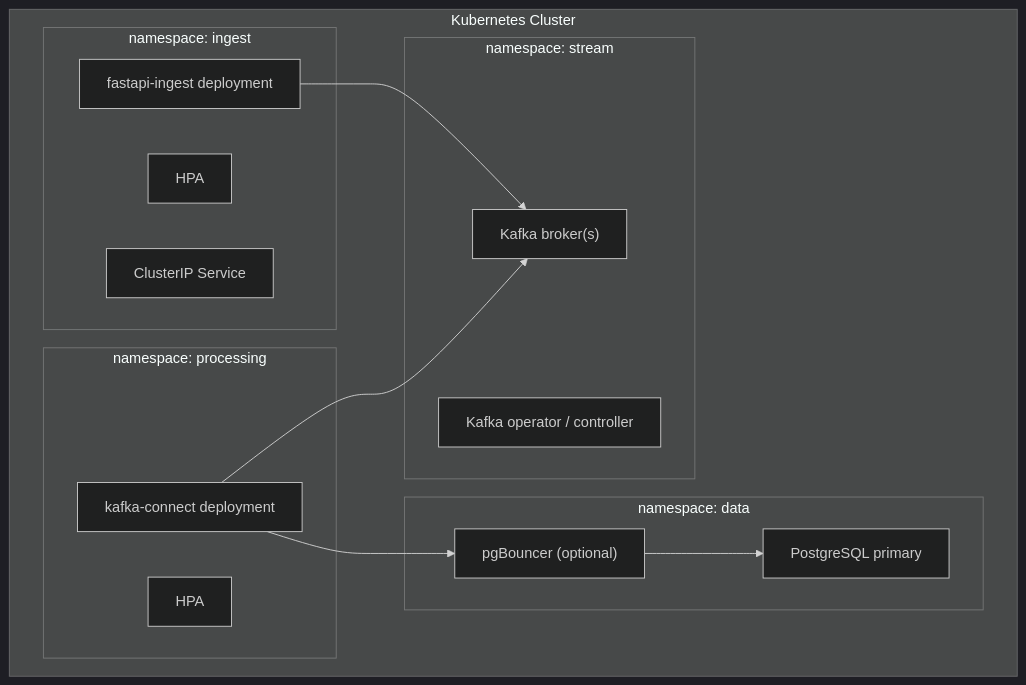
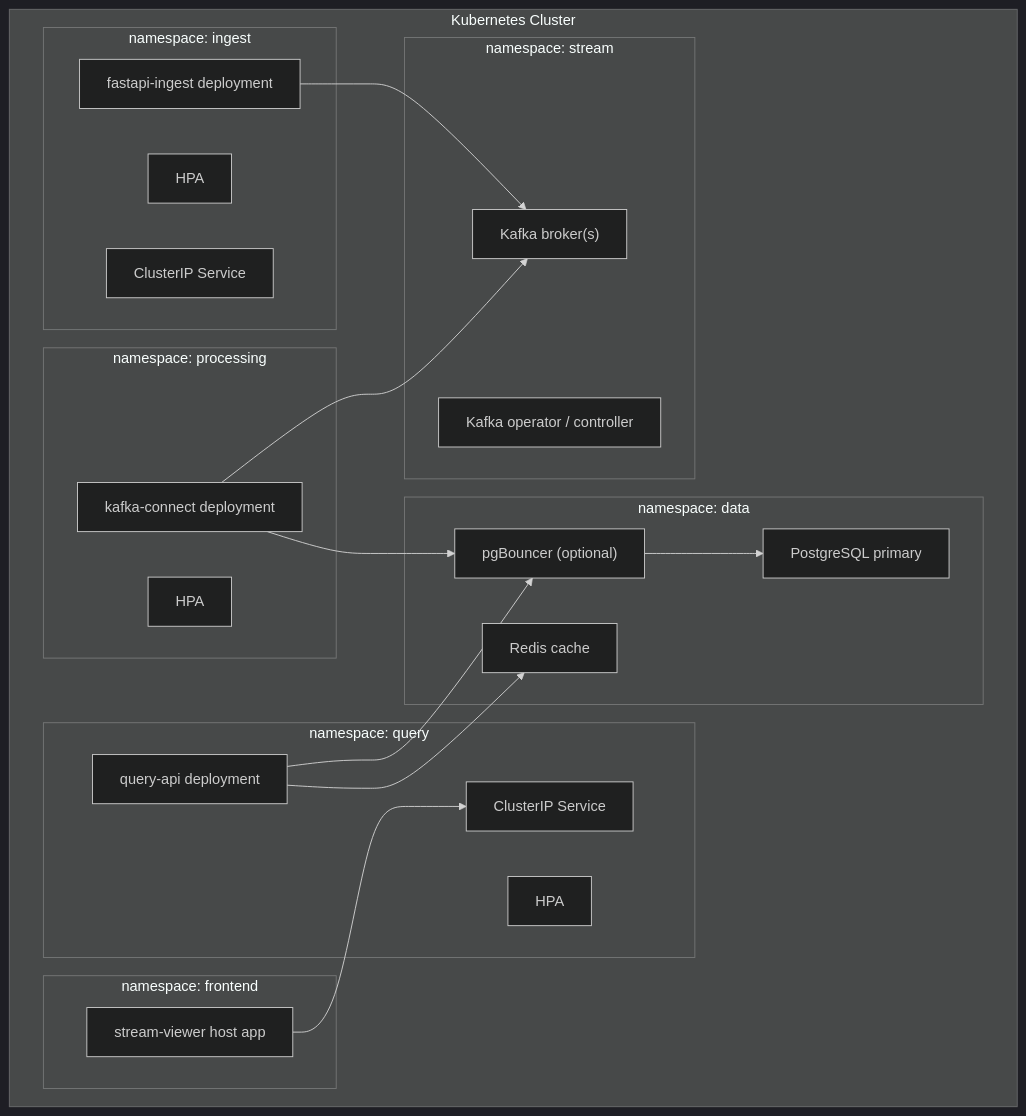
The fifth of 5 diagrams in docs/01-overview.md (donghoonpark/aetus), drawn with Mermaid (dark theme) before and after one commit. The commit also changed other lines of this file, not shown here.

Commit message:
Update overview with query data stream

````diff
--- a/docs/01-overview.md
+++ b/docs/01-overview.md
@@ -176,30 +286,44 @@
 ```mermaid
 flowchart TB
     subgraph K8S["Kubernetes Cluster"]
         subgraph NS1["namespace: ingest"]
             ING["fastapi-ingest deployment"]
             HPA1["HPA"]
             SVC1["ClusterIP Service"]
         end
 
         subgraph NS2["namespace: stream"]
             K1["Kafka broker(s)"]
             K2["Kafka operator / controller"]
         end
 
         subgraph NS3["namespace: processing"]
             KC["kafka-connect deployment"]
             HPA2["HPA"]
         end
 
         subgraph NS4["namespace: data"]
             PG1["PostgreSQL primary"]
             PGB["pgBouncer (optional)"]
+            RDS["Redis cache"]
+        end
+
+        subgraph NS5["namespace: query"]
+            QAPI["query-api deployment"]
+            HPA3["HPA"]
+            QSvc["ClusterIP Service"]
+        end
+
+        subgraph NS6["namespace: frontend"]
+            VIEW["stream-viewer host app"]
         end
     end
 
     ING --> K1
     KC --> K1
     KC --> PGB
     PGB --> PG1
+    QAPI --> PGB
+    QAPI --> RDS
+    VIEW --> QSvc
 ```
````
